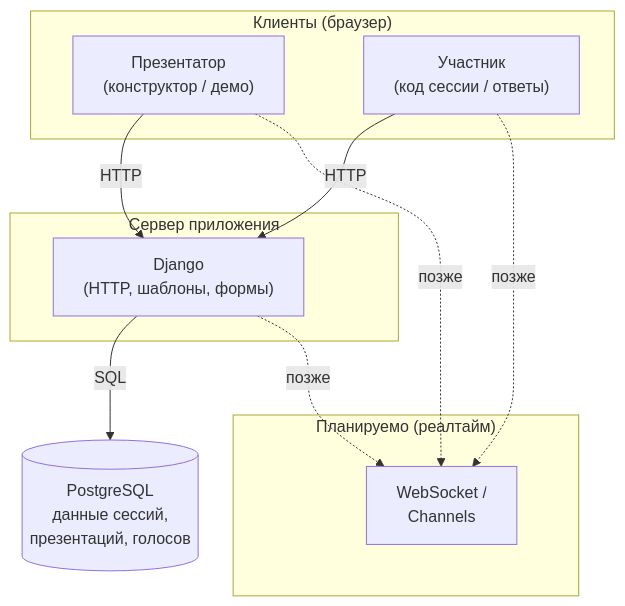
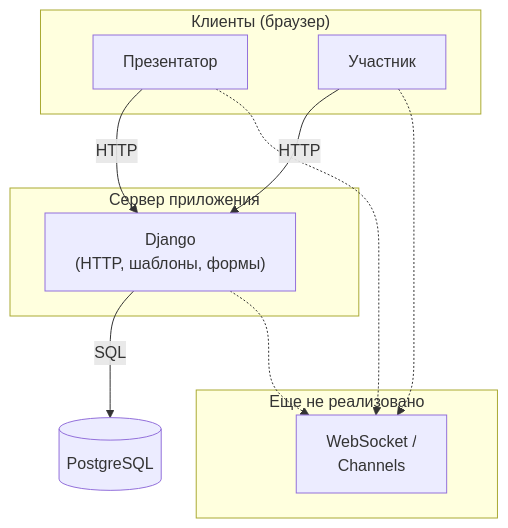
One commit to santokoro/Sem3_Laba2 changed the diagram in README.md. Above: the diagram before and after it, drawn with Mermaid. The commit also changed other lines of this file, not shown here.

````diff
--- a/README.md
+++ b/README.md
@@ -13,25 +13,25 @@
 ```mermaid
 flowchart TB
     subgraph clients["Клиенты (браузер)"]
-        P["Презентатор\n(конструктор / демо)"]
-        A["Участник\n(код сессии / ответы)"]
+        P["Презентатор\n"]
+        A["Участник\n"]
     end
 
     subgraph server["Сервер приложения"]
         DJ["Django\n(HTTP, шаблоны, формы)"]
     end
 
-    DB[("PostgreSQL\nданные сессий,\nпрезентаций, голосов")]
+    DB[("PostgreSQL\n")]
 
     P -->|HTTP| DJ
     A -->|HTTP| DJ
     DJ -->|SQL| DB
 
-    subgraph future["Планируемо (реалтайм)"]
+    subgraph future["Еще не реализовано"]
         WS["WebSocket /\nChannels"]
     end
 
-    DJ -.->|позже| WS
-    P -.->|позже| WS
-    A -.->|позже| WS
+    DJ -.-> WS
+    P -.-> WS
+    A -.-> WS
 ```
````
